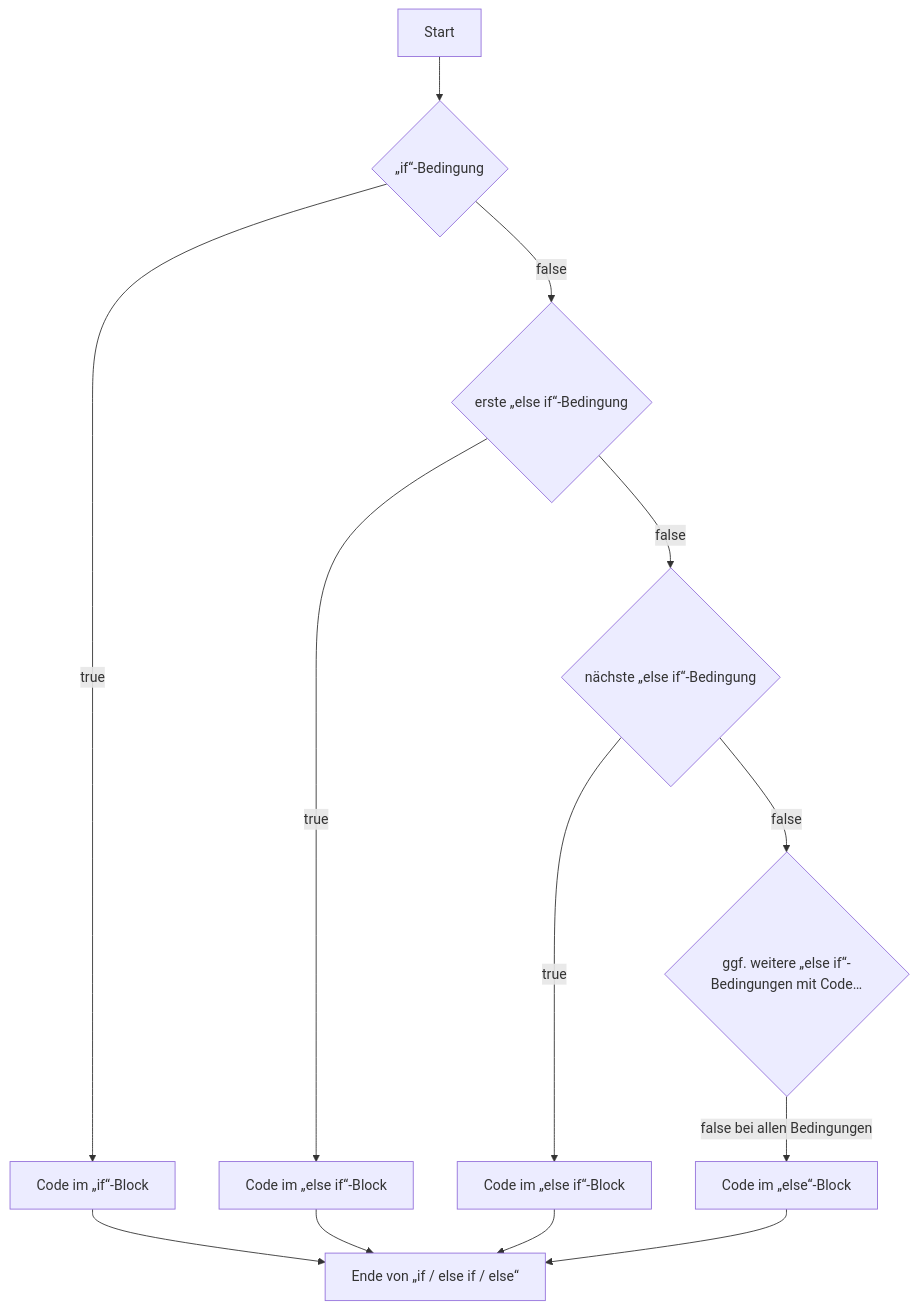
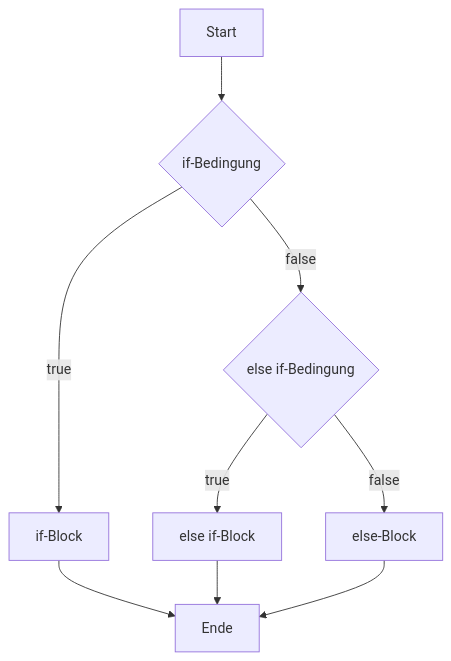
Before and after one commit to behrends/workshops: the diagram in content/prog/04-if-switch/01-if.mdx, drawn with Mermaid.

Commit message:
Prog: Mermaid-Diagramm für if/else vereinfacht

````diff
--- a/content/prog/04-if-switch/01-if.mdx
+++ b/content/prog/04-if-switch/01-if.mdx
@@ -48,15 +48,11 @@
 ```mermaid
 graph TD
-    A[Start] --> B{„if“-Bedingung}
-    B -->|true| BB[Code im „if“-Block]
-    BB --> F[Ende von „if / else if / else“]
-    B -->|false| C{erste „else if“-Bedingung}
-    C -->|true| CC[Code im „else if“-Block]
-    CC --> F
-    C -->|false| D{nächste „else if“-Bedingung}
-    D -->|true| DD[Code im „else if“-Block]
-    DD --> F
-    D -->|false| EE{ggf. weitere „else if“-Bedingungen mit Code…}
-    EE -->|false bei allen Bedingungen | E[Code im „else“-Block]
-    E --> F
+    A[Start] --> B{if-Bedingung}
+    B -->|true| C[if-Block]
+    B -->|false| D{else if-Bedingung}
+    D -->|true| E[else if-Block]
+    D -->|false| F[else-Block]
+    C --> G[Ende]
+    E --> G
+    F --> G
 ```
````
